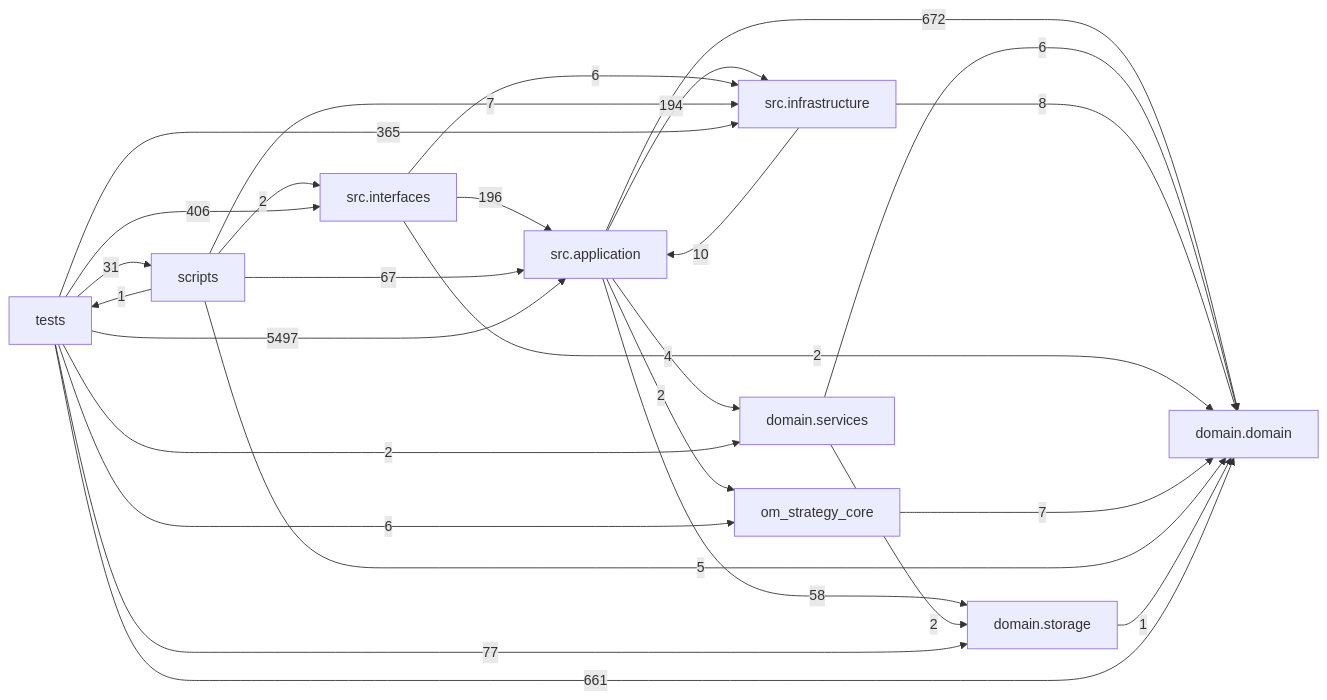
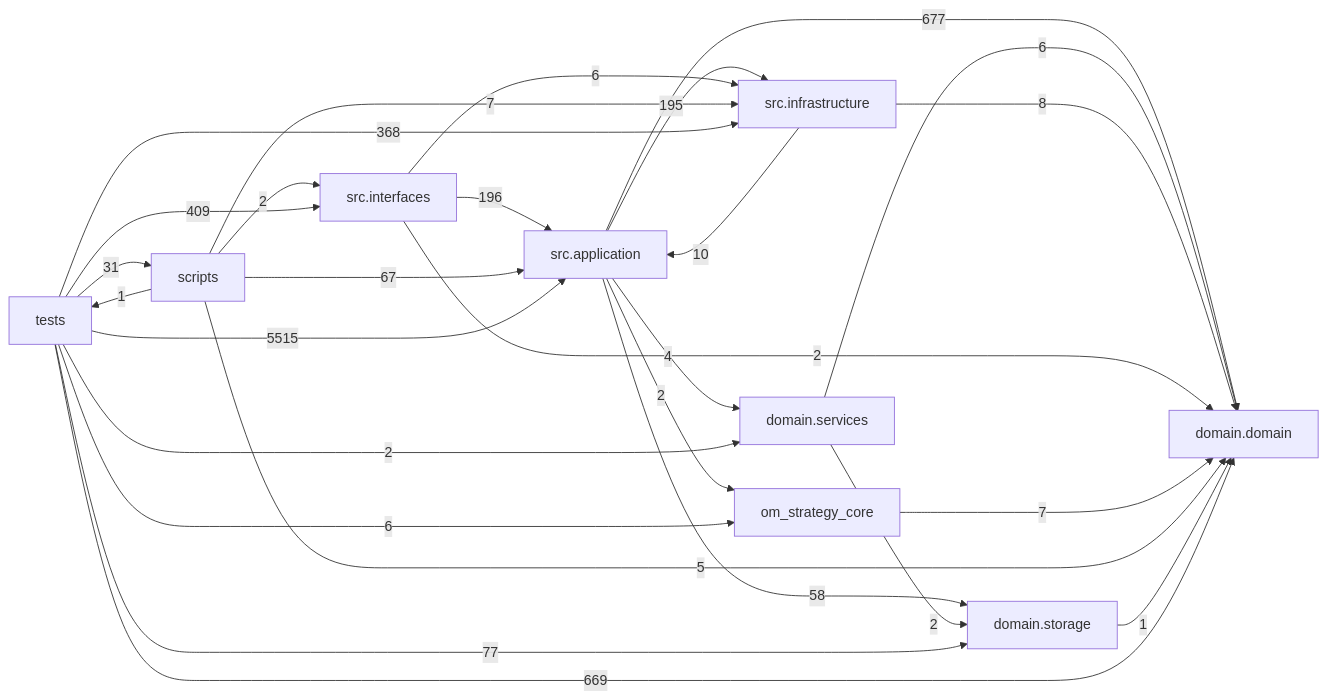
The diagram in docs/DEPENDENCY_GRAPH.md (liuxie066/options-monitor), drawn with Mermaid before and after one commit. The commit also changed other lines of this file and 10 other files, not shown here.

````diff
--- a/docs/DEPENDENCY_GRAPH.md
+++ b/docs/DEPENDENCY_GRAPH.md
@@ -24,38 +24,38 @@
 ```mermaid
 flowchart LR
   tests["tests"]
   scripts["scripts"]
   interfaces["src.interfaces"]
   application["src.application"]
   infrastructure["src.infrastructure"]
   domain_services["domain.services"]
   domain["domain.domain"]
   storage["domain.storage"]
-  application -->|672| domain
+  application -->|677| domain
   application -->|4| domain_services
-  application -->|194| infrastructure
+  application -->|195| infrastructure
   application -->|2| om_strategy_core
   application -->|58| storage
   domain_services -->|6| domain
   domain_services -->|2| storage
   infrastructure -->|10| application
   infrastructure -->|8| domain
   interfaces -->|196| application
   interfaces -->|2| domain
   interfaces -->|6| infrastructure
   om_strategy_core -->|7| domain
   scripts -->|67| application
   scripts -->|5| domain
   scripts -->|7| infrastructure
   scripts -->|2| interfaces
   scripts -->|1| tests
   storage -->|1| domain
-  tests -->|5497| application
-  tests -->|661| domain
+  tests -->|5515| application
+  tests -->|669| domain
   tests -->|2| domain_services
-  tests -->|365| infrastructure
-  tests -->|406| interfaces
+  tests -->|368| infrastructure
+  tests -->|409| interfaces
   tests -->|6| om_strategy_core
   tests -->|31| scripts
   tests -->|77| storage
 ```
````
